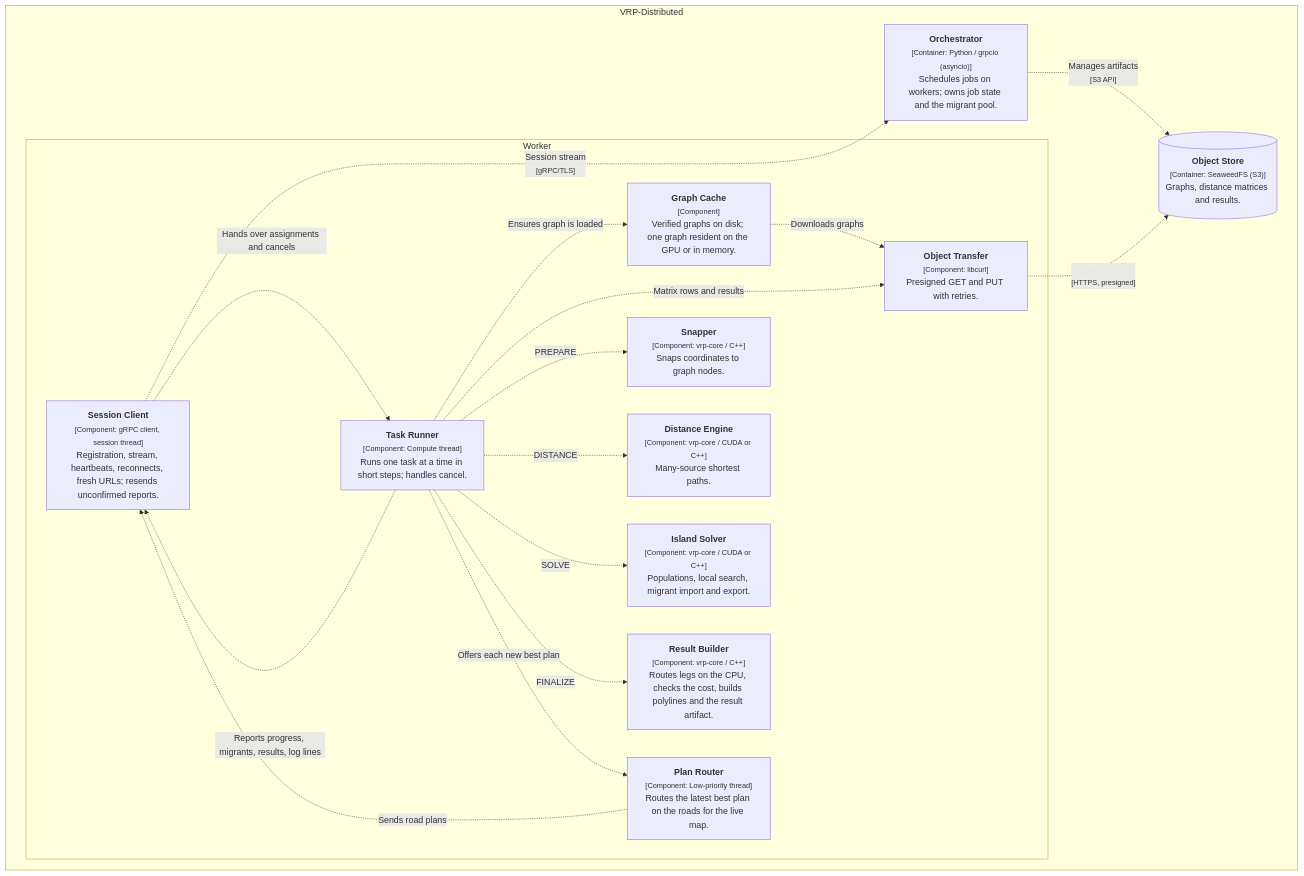
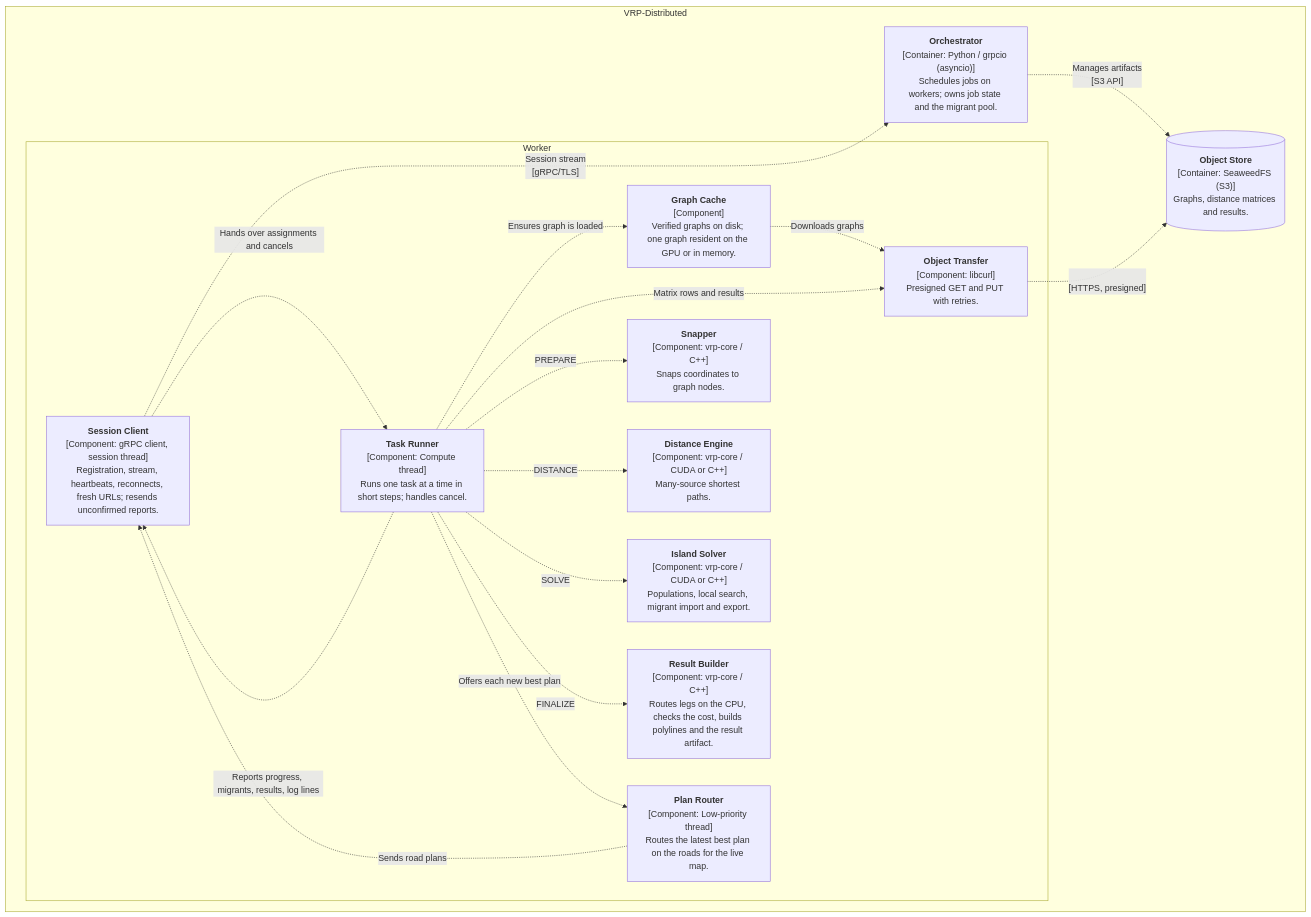
Before and after one commit to PogSmok/vrp-distributed: the fourth of 5 diagrams in docs/architecture/README.md, drawn with Mermaid. The commit also changed other lines of this file and 25 other files, not shown here.

Commit message:
feat: release workflow, 15 MB live road plans, and diagram fixes

````diff
--- a/docs/architecture/README.md
+++ b/docs/architecture/README.md
@@ -129,38 +129,38 @@
 ```mermaid
 graph TB
 
     subgraph 3 ["VRP-Distributed"]
 
       subgraph 16 ["Worker"]
 
-        17["<b>Session Client</b><br/><small>[Component: gRPC client, session thread]</small><br/>Registration, stream, heartbeats, reconnects, fresh URLs; resends unconfirmed reports."]
-        18["<b>Task Runner</b><br/><small>[Component: Compute thread]</small><br/>Runs one task at a time in short steps; handles cancel."]
-        19["<b>Graph Cache</b><br/><small>[Component]</small><br/>Verified graphs on disk; one graph resident on the GPU or in memory."]
-        20["<b>Object Transfer</b><br/><small>[Component: libcurl]</small><br/>Presigned GET and PUT with retries."]
-        21["<b>Snapper</b><br/><small>[Component: vrp-core / C++]</small><br/>Snaps coordinates to graph nodes."]
-        22["<b>Distance Engine</b><br/><small>[Component: vrp-core / CUDA or C++]</small><br/>Many-source shortest paths."]
-        23["<b>Island Solver</b><br/><small>[Component: vrp-core / CUDA or C++]</small><br/>Populations, local search, migrant import and export."]
-        24["<b>Result Builder</b><br/><small>[Component: vrp-core / C++]</small><br/>Routes legs on the CPU, checks the cost, builds polylines and the result artifact."]
-        25["<b>Plan Router</b><br/><small>[Component: Low-priority thread]</small><br/>Routes the latest best plan on the roads for the live map."]
+        17["<b>Session Client</b><br/>[Component: gRPC client, session thread]<br/>Registration, stream, heartbeats, reconnects, fresh URLs; resends unconfirmed reports."]
+        18["<b>Task Runner</b><br/>[Component: Compute thread]<br/>Runs one task at a time in short steps; handles cancel."]
+        19["<b>Graph Cache</b><br/>[Component]<br/>Verified graphs on disk; one graph resident on the GPU or in memory."]
+        20["<b>Object Transfer</b><br/>[Component: libcurl]<br/>Presigned GET and PUT with retries."]
+        21["<b>Snapper</b><br/>[Component: vrp-core / C++]<br/>Snaps coordinates to graph nodes."]
+        22["<b>Distance Engine</b><br/>[Component: vrp-core / CUDA or C++]<br/>Many-source shortest paths."]
+        23["<b>Island Solver</b><br/>[Component: vrp-core / CUDA or C++]<br/>Populations, local search, migrant import and export."]
+        24["<b>Result Builder</b><br/>[Component: vrp-core / C++]<br/>Routes legs on the CPU, checks the cost, builds polylines and the result artifact."]
+        25["<b>Plan Router</b><br/>[Component: Low-priority thread]<br/>Routes the latest best plan on the roads for the live map."]
       end
 
-      28[("<b>Object Store</b><br/><small>[Container: SeaweedFS (S3)]</small><br/>Graphs, distance matrices and results.")]
-      5["<b>Orchestrator</b><br/><small>[Container: Python / grpcio (asyncio)]</small><br/>Schedules jobs on workers; owns job state and the migrant pool."]
+      28[("<b>Object Store</b><br/>[Container: SeaweedFS (S3)]<br/>Graphs, distance matrices and results.")]
+      5["<b>Orchestrator</b><br/>[Container: Python / grpcio (asyncio)]<br/>Schedules jobs on workers; owns job state and the migrant pool."]
     end
 
-    5-. "Manages artifacts<br/><small>[S3 API]</small>" .->28
-    17-. "Session stream<br/><small>[gRPC/TLS]</small>" .->5
+    5-. "Manages artifacts<br/>[S3 API]" .->28
+    17-. "Session stream<br/>[gRPC/TLS]" .->5
     17-. "Hands over assignments and cancels" .->18
     18-. "Reports progress, migrants, results, log lines" .->17
     18-. "Ensures graph is loaded" .->19
     18-. "Matrix rows and results" .->20
     19-. "Downloads graphs" .->20
-    20-. "<br/><small>[HTTPS, presigned]</small>" .->28
+    20-. "<br/>[HTTPS, presigned]" .->28
     18-. "PREPARE" .->21
     18-. "DISTANCE" .->22
     18-. "SOLVE" .->23
     18-. "FINALIZE" .->24
     18-. "Offers each new best plan" .->25
     25-. "Sends road plans" .->17
 
 ```
````
